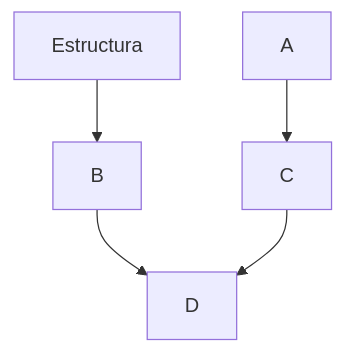
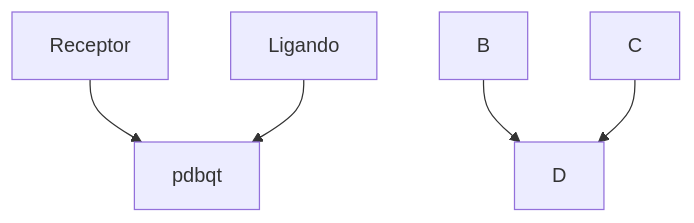
One commit to leninkelvin/Rs changed the diagram in README.md. Above: the diagram before and after it, drawn with Mermaid.

````diff
--- a/README.md
+++ b/README.md
@@ -1,7 +1,7 @@
 ```mermaid
   graph TD;
-      Estructura-->B;
-      A-->C;
+      Receptor-->pdbqt;
+      Ligando-->pdbqt;
       B-->D;
       C-->D;
 ```
````
